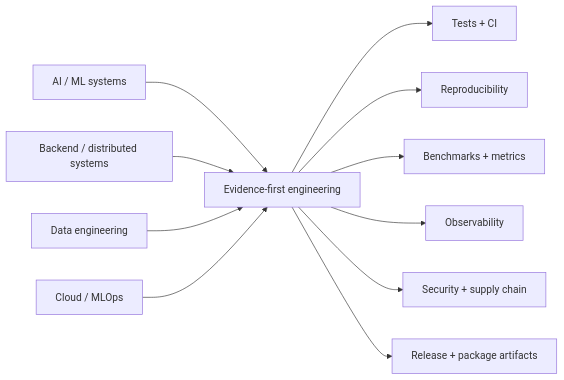
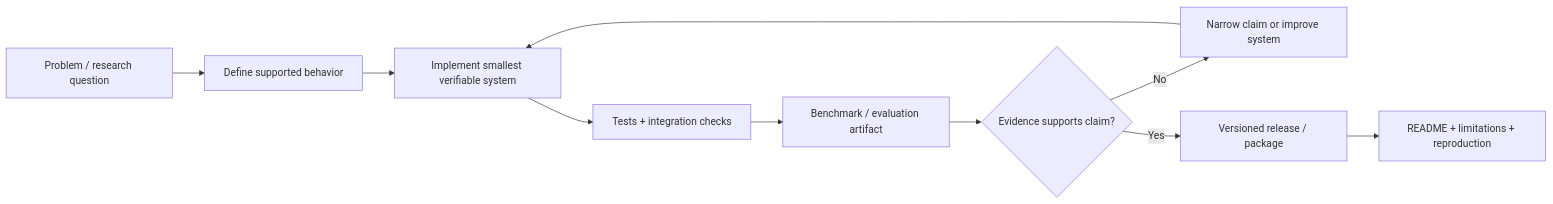
One commit to Trojan3877/Readme.md changed the first of 2 diagrams in README.md. Above: the diagram before and after it, drawn with Mermaid. The commit also changed other lines of this file and 1 other file, not shown here.

First line of the commit message:
docs: strengthen portfolio claims with evidence ledger

````diff
--- a/README.md
+++ b/README.md
@@ -31,14 +100,12 @@
 ```mermaid
 flowchart LR
-    A["AI / ML systems"] --> E["Evidence-first engineering"]
-    B["Backend / distributed systems"] --> E
-    C["Data engineering"] --> E
-    D["Cloud / MLOps"] --> E
-
-    E --> T["Tests + CI"]
-    E --> R["Reproducibility"]
-    E --> M["Benchmarks + metrics"]
-    E --> O["Observability"]
-    E --> S["Security + supply chain"]
-    E --> P["Release + package artifacts"]
+    A["Problem / research question"] --> B["Define supported behavior"]
+    B --> C["Implement smallest verifiable system"]
+    C --> D["Tests + integration checks"]
+    D --> E["Benchmark / evaluation artifact"]
+    E --> F{"Evidence supports claim?"}
+    F -->|No| G["Narrow claim or improve system"]
+    G --> C
+    F -->|Yes| H["Versioned release / package"]
+    H --> I["README + limitations + reproduction"]
 ```
````
